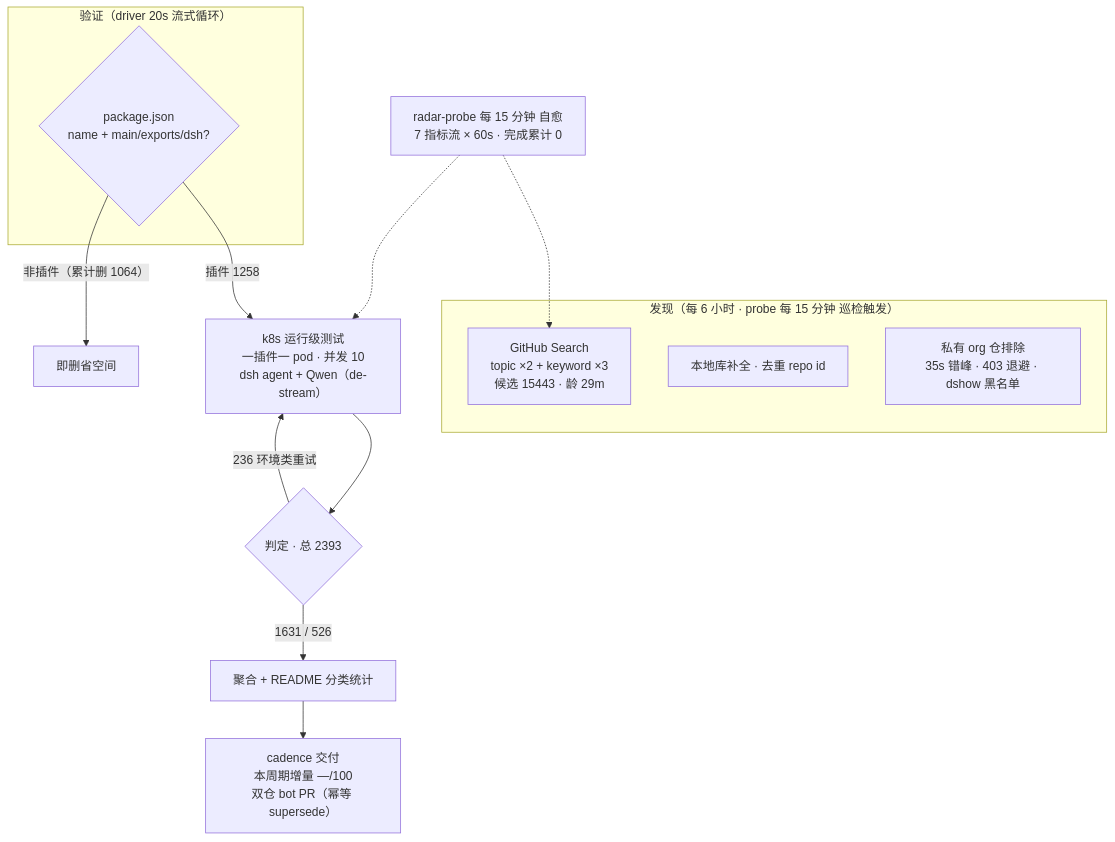
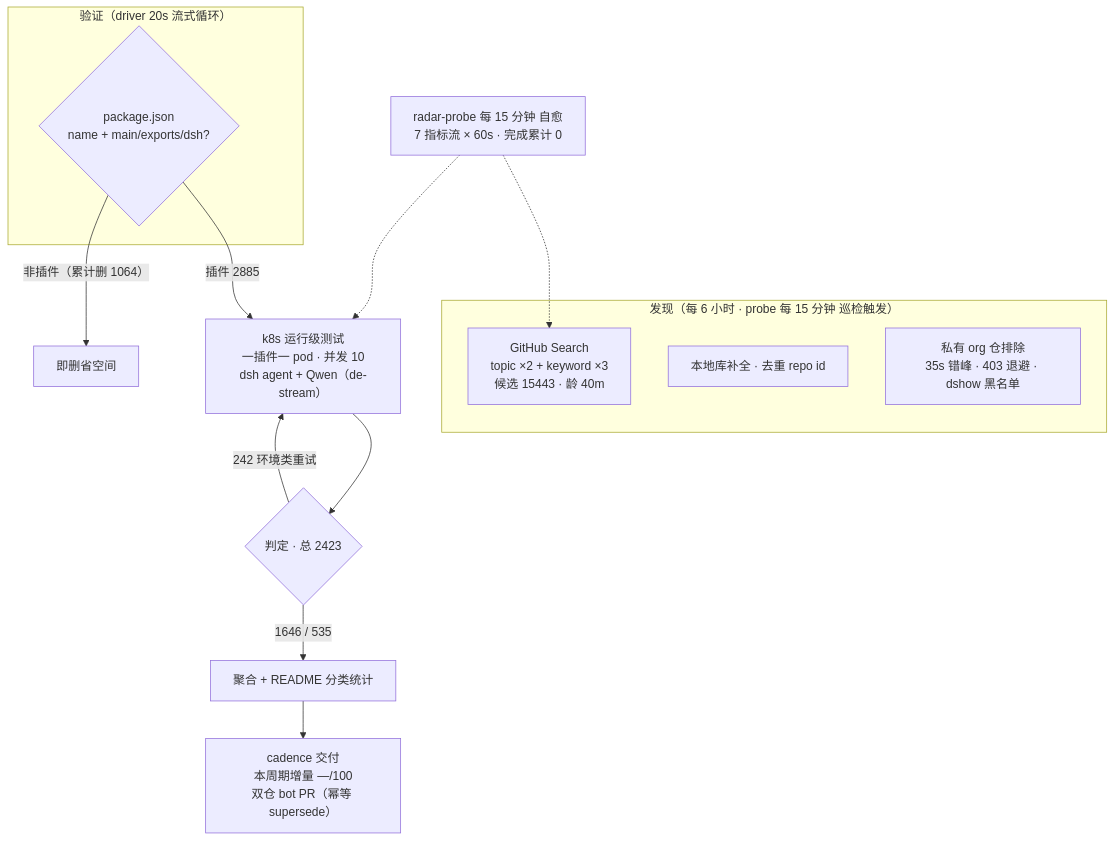
Before and after one commit to AdamPlatin123/awesome-dsh-plugins: the diagram in README.md, drawn with Mermaid. The commit also changed other lines of this file and 5 other files, not shown here.

````diff
--- a/README.md
+++ b/README.md
@@ -37,20 +37,20 @@
 ```mermaid
 flowchart TB
     subgraph Discovery["发现（每 6 小时 · probe 每 15 分钟 巡检触发）"]
-        A1["GitHub Search<br/>topic ×2 + keyword ×3<br/>候选 15443 · 龄 29m"]
+        A1["GitHub Search<br/>topic ×2 + keyword ×3<br/>候选 15443 · 龄 40m"]
         A2["本地库补全 · 去重 repo id"]
         A3["私有 org 仓排除<br/>35s 错峰 · 403 退避 · dshow 黑名单"]
     end
     subgraph Validation["验证（driver 20s 流式循环）"]
         B1{"package.json<br/>name + main/exports/dsh?"}
     end
-    B1 -->|"插件 1258"| C1["k8s 运行级测试<br/>一插件一 pod · 并发 10<br/>dsh agent + Qwen（de-stream）"]
+    B1 -->|"插件 2885"| C1["k8s 运行级测试<br/>一插件一 pod · 并发 10<br/>dsh agent + Qwen（de-stream）"]
     B1 -->|"非插件（累计删 1064）"| B3["即删省空间"]
-    C1 --> D1{"判定 · 总 2393"}
-    D1 -->|"1631 / 526"| E1["聚合 + README 分类统计"]
-    D1 -->|"236 环境类重试"| C1
+    C1 --> D1{"判定 · 总 2423"}
+    D1 -->|"1646 / 535"| E1["聚合 + README 分类统计"]
+    D1 -->|"242 环境类重试"| C1
     E1 --> E2["cadence 交付<br/>本周期增量 —/100<br/>双仓 bot PR（幂等 supersede）"]
     M["radar-probe 每 15 分钟 自愈<br/>7 指标流 × 60s · 完成累计 0"]
     M -.-> A1
     M -.-> C1
 ```
````
